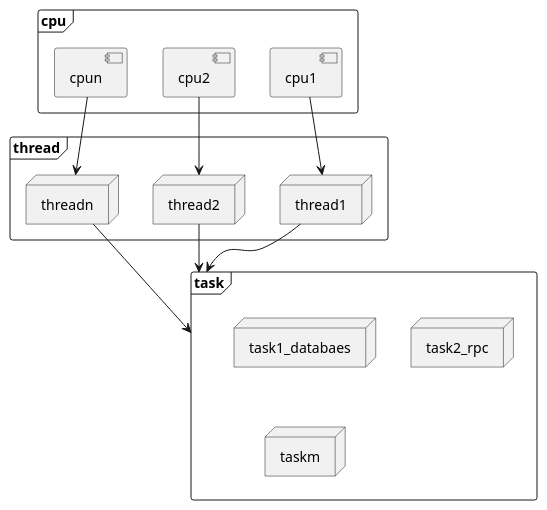
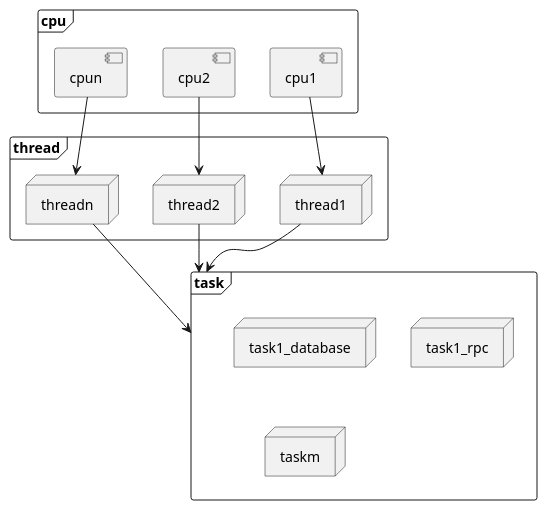
The diagram in assets/plantuml/cpu-switch-non-blocking.md (Wang-Ray/Wang-Ray.github.io), drawn with PlantUML before and after one commit. The commit also changed 10 other files, not shown here.

````diff
--- a/assets/plantuml/cpu-switch-non-blocking.md
+++ b/assets/plantuml/cpu-switch-non-blocking.md
@@ -1,29 +1,29 @@
 ```plantuml
 @startuml
 frame cpu {
     component cpu1
     component cpu2
     component cpun
 }
 
 frame thread {
     node thread1
     node thread2
     node threadn
 }
 
 frame task {
-    node task1_databaes
-    node task2_rpc
+    node task1_database
+    node task1_rpc
     node taskm
 }
 
 cpu1 --> thread1
 cpu2 --> thread2
 cpun --> threadn
 
 thread1 --> task
 thread2 --> task
 threadn --> task
 @enduml
 ```
````
